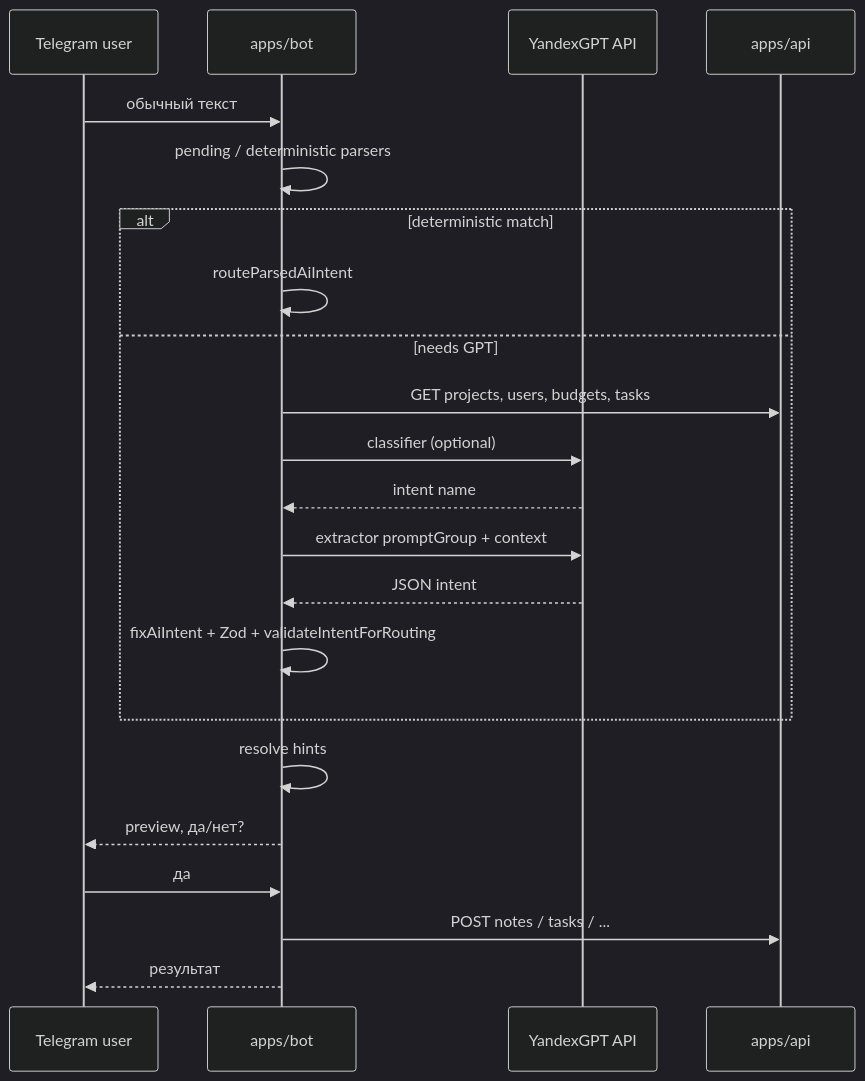
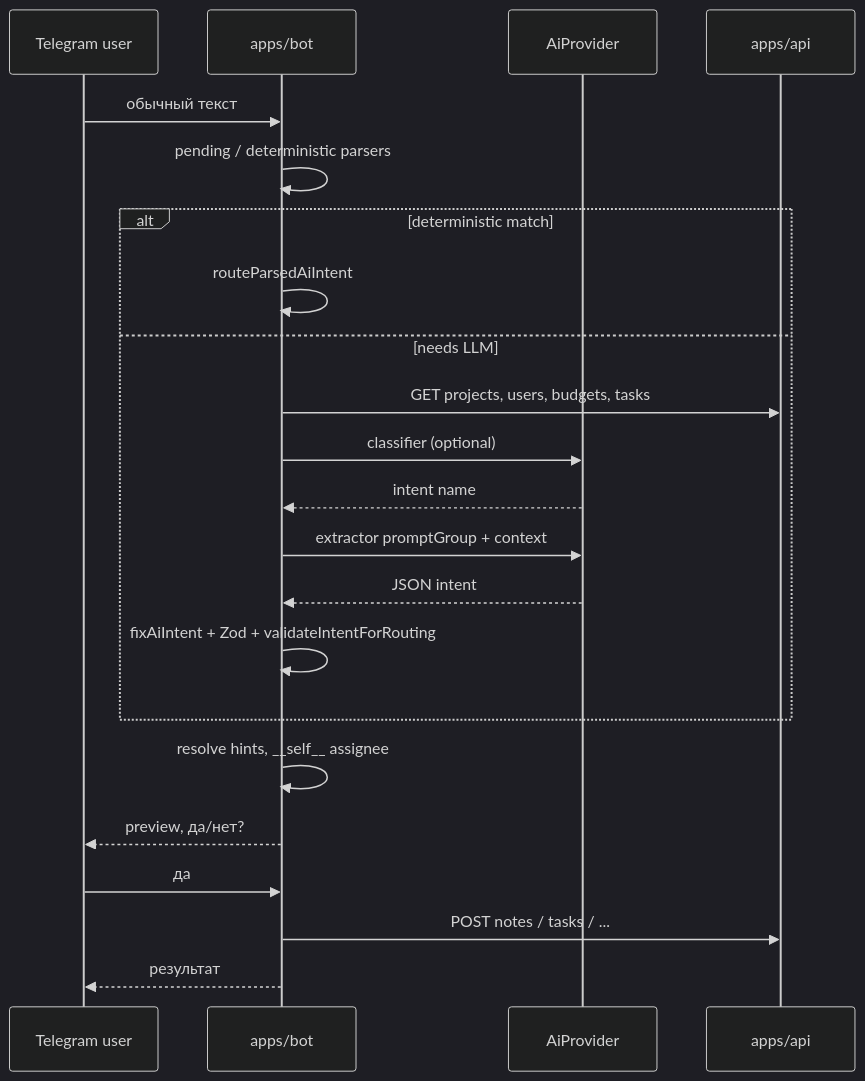
One commit to R1ankeel/neportal changed the diagram in docs/ai-intent.md. Above: the diagram before and after it, drawn with Mermaid (dark theme). The commit also changed other lines of this file and 9 other files, not shown here.

````diff
--- a/docs/ai-intent.md
+++ b/docs/ai-intent.md
@@ -13,25 +13,25 @@
 ```mermaid
 sequenceDiagram
   participant U as Telegram user
   participant B as apps/bot
-  participant Y as YandexGPT API
+  participant P as AiProvider
   participant A as apps/api
 
   U->>B: обычный текст
   B->>B: pending / deterministic parsers
   alt deterministic match
     B->>B: routeParsedAiIntent
-  else needs GPT
+  else needs LLM
     B->>A: GET projects, users, budgets, tasks
-    B->>Y: classifier (optional)
-    Y-->>B: intent name
-    B->>Y: extractor promptGroup + context
-    Y-->>B: JSON intent
+    B->>P: classifier (optional)
+    P-->>B: intent name
+    B->>P: extractor promptGroup + context
+    P-->>B: JSON intent
     B->>B: fixAiIntent + Zod + validateIntentForRouting
   end
-  B->>B: resolve hints
+  B->>B: resolve hints, __self__ assignee
   B-->>U: preview, да/нет?
   U->>B: да
   B->>A: POST notes / tasks / ...
   B-->>U: результат
 ```
````
